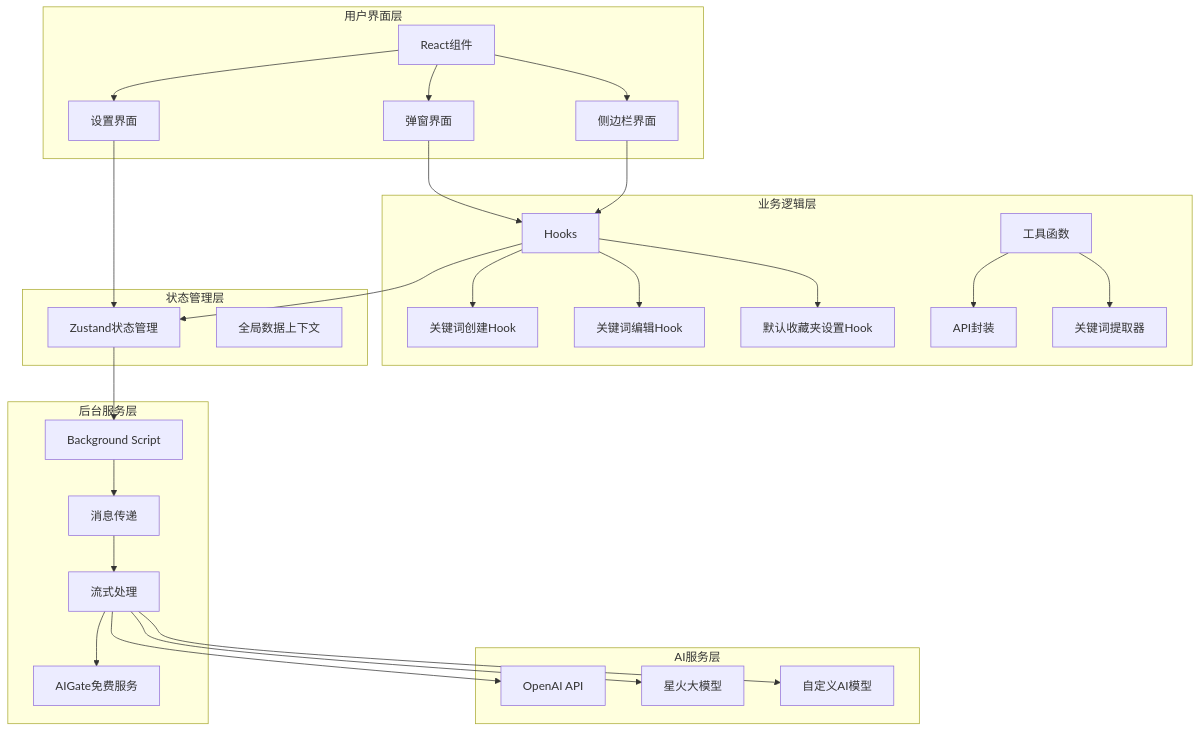
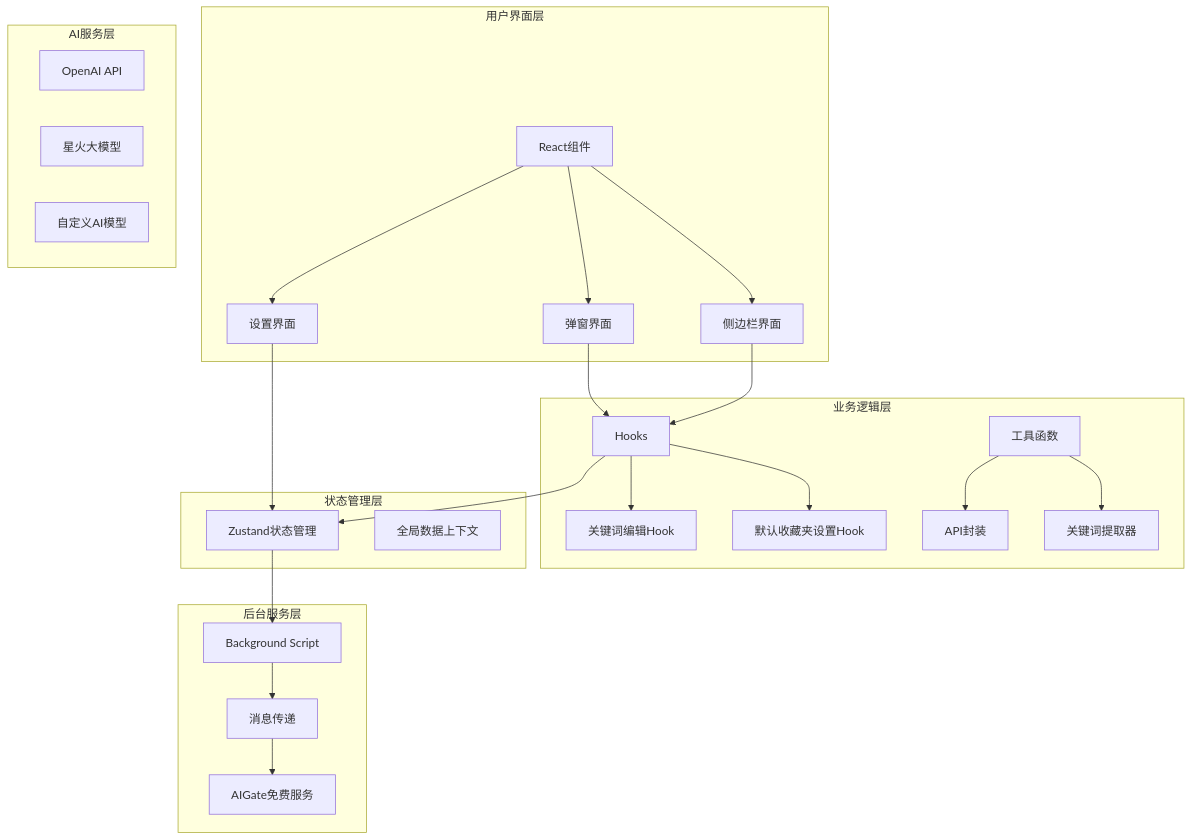
The second of 7 diagrams in .qoder/repowiki/zh/content/核心功能模块/AI关键词提取系统.md (RadiumAg/bilibili-favorites), drawn with Mermaid before and after one commit. The commit also changed other lines of this file and 4 other files, not shown here.

````diff
--- a/.qoder/repowiki/zh/content/核心功能模块/AI关键词提取系统.md
+++ b/.qoder/repowiki/zh/content/核心功能模块/AI关键词提取系统.md
@@ -149,41 +138,35 @@
 ```mermaid
 graph TB
 subgraph "用户界面层"
 UI[React组件] --> Popup[弹窗界面]
 UI --> SidePanel[侧边栏界面]
 UI --> Options[设置界面]
 end
 subgraph "业务逻辑层"
-Hook[Hooks] --> CreateKeyword[关键词创建Hook]
-Hook --> EditKeyword[关键词编辑Hook]
+Hook[Hooks] --> EditKeyword[关键词编辑Hook]
 Hook --> SetDefaultFav[默认收藏夹设置Hook]
 Utils[工具函数] --> API[API封装]
 Utils --> Extractor[关键词提取器]
 end
 subgraph "状态管理层"
 Store[Zustand状态管理]
 GlobalData[全局数据上下文]
 end
 subgraph "后台服务层"
 Background[Background Script]
 Message[消息传递]
-Stream[流式处理]
 AIGate[AIGate免费服务]
 end
 subgraph "AI服务层"
 OpenAI[OpenAI API]
 Spark[星火大模型]
 Custom[自定义AI模型]
 end
 Popup --> Hook
 SidePanel --> Hook
 Options --> Store
 Hook --> Store
 Store --> Background
 Background --> Message
-Message --> Stream
-Stream --> OpenAI
-Stream --> Spark
-Stream --> Custom
-Stream --> AIGate
+Message --> AIGate
 ```
````
